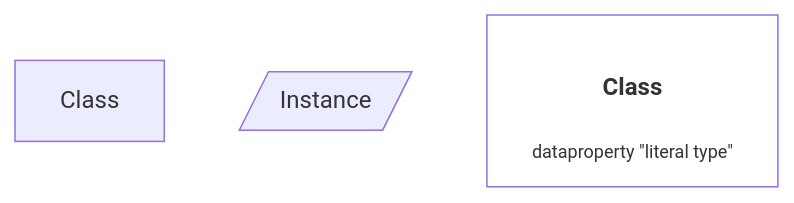
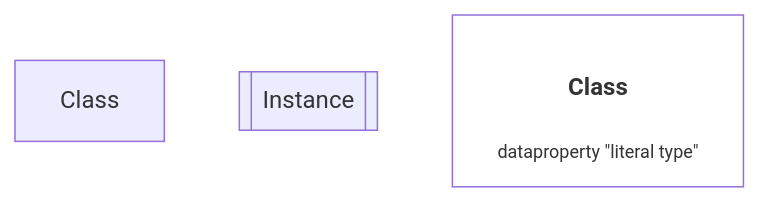
Before and after one commit to cambridge-cares/TheWorldAvatar: the first of 7 diagrams in JPS_Ontology/ontology/ontoprofile/README.MD, drawn with Mermaid. The commit also changed other lines of this file, not shown here.

Commit message:
dev-service-execution-ontology-extension: fix wrong legend of shape

````diff
--- a/JPS_Ontology/ontology/ontoprofile/README.MD
+++ b/JPS_Ontology/ontology/ontoprofile/README.MD
@@ -29,10 +29,10 @@
 ```mermaid
 flowchart TD
     %% Styling
     classDef literal fill:none
 
     %% Diagram
     clazz[Class]
-    instance[/Instance/]
+    instance[[Instance]]
     clazzLiteral["<h4>Class</h4><p style='font-size:0.75rem;'>dataproperty &quot;literal type&quot;</p>"]:::literal
 ```
````
